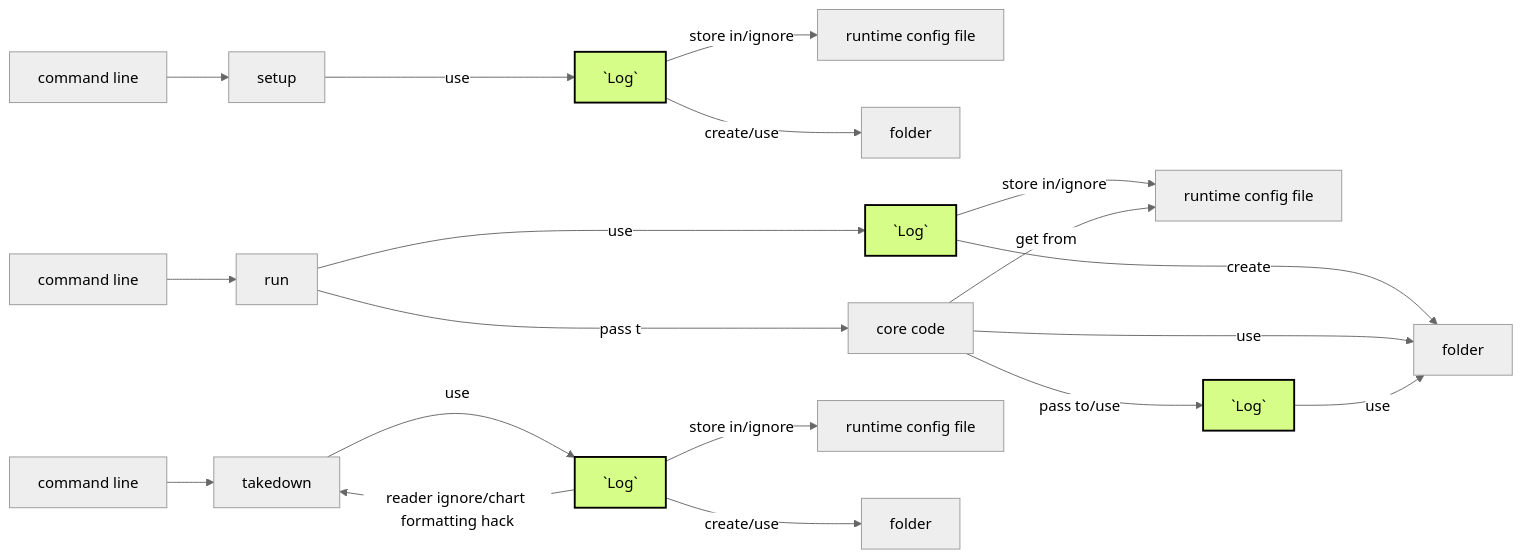
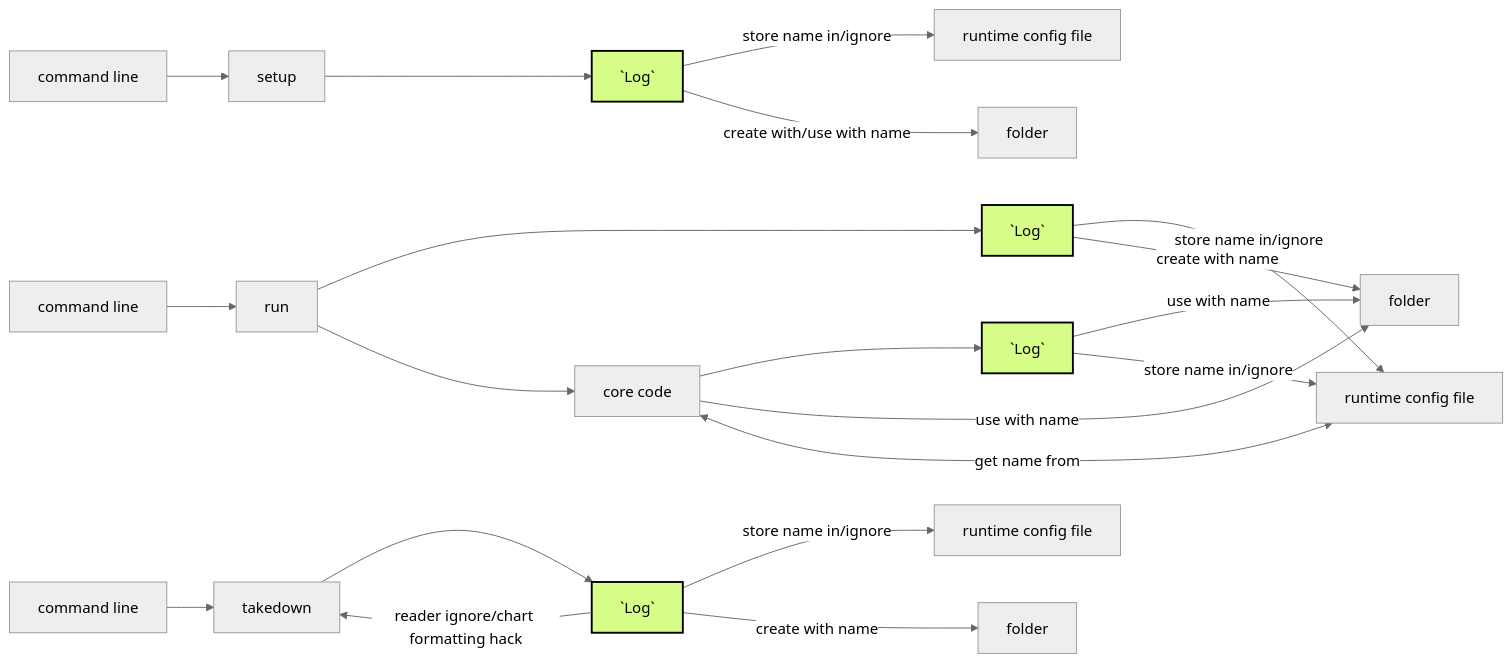
The third of 3 diagrams in docs/artifacts_folder_name.md (SuffolkLITLab/ALKiln), drawn with Mermaid (neutral theme) before and after one commit. The commit also changed other lines of this file, not shown here.

Commit message:
Modify artifact folder name diagrams, clarify diagrams

````diff
--- a/docs/artifacts_folder_name.md
+++ b/docs/artifacts_folder_name.md
@@ -99,25 +103,26 @@
 ```mermaid
 flowchart LR
     cmd1[command line] --> setup
-    setup["setup"] -- use --> log1["#96;Log#96;"]:::log
-    log1 -- store in/ignore --> runtime1["runtime config file"]
-    log1 -- create/use --> folder1[folder]
+    setup["setup"] --> log1["#96;Log#96;"]:::log
+    log1 -- store name in/ignore --> runtime1["runtime config file"]
+    log1 -- create with/use with name --> folder1[folder]
 
     cmd2[command line] --> run["run"]
-    run -- use --> log2["#96;Log#96;"]:::log
-    log2 -- store in/ignore --> runtime2["runtime config file"]
-    log2 -- create --> folder2[folder]
-    run -- pass to--> core["core code"]
-    core -- pass to/use --> log3["#96;Log#96;"]:::log
-    core -- use --> folder2
-    core -- get from --> runtime2
-    log3 -- use --> folder2
+    run --> log2["#96;Log#96;"]:::log
+    log2 -- store name in/ignore --> runtime2["runtime config file"]
+    log2 -- create with name --> folder2[folder]
+    run --> core["core code"]
+    core --> log3["#96;Log#96;"]:::log
+    core -- use with name --> folder2
+    core -- get name from <--> runtime2
+    log3 -- use with name --> folder2
+    log3 -- store name in/ignore --> runtime2
 
     cmd3[command line] --> takedown["takedown"]
-    takedown -- use --> log4["#96;Log#96;"]:::log
+    takedown --> log4["#96;Log#96;"]:::log
     log4 -- reader ignore/chart formatting hack --> takedown
-    log4 -- store in/ignore --> runtime3["runtime config file"]
-    log4 -- create/use --> folder5[folder]
+    log4 -- store name in/ignore --> runtime3["runtime config file"]
+    log4 -- create with name --> folder5[folder]
 
 classDef log fill:#d6fd88,stroke:#000,stroke-width:2px,color:#000
 ```
````
